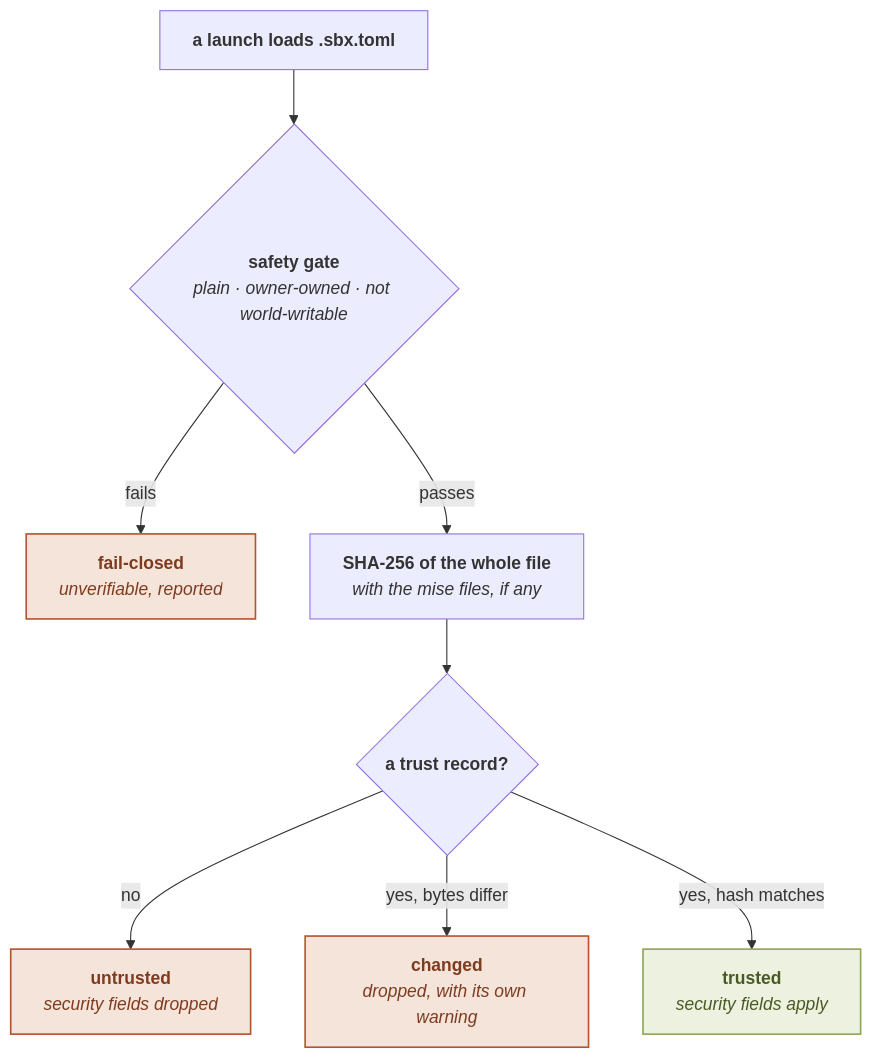
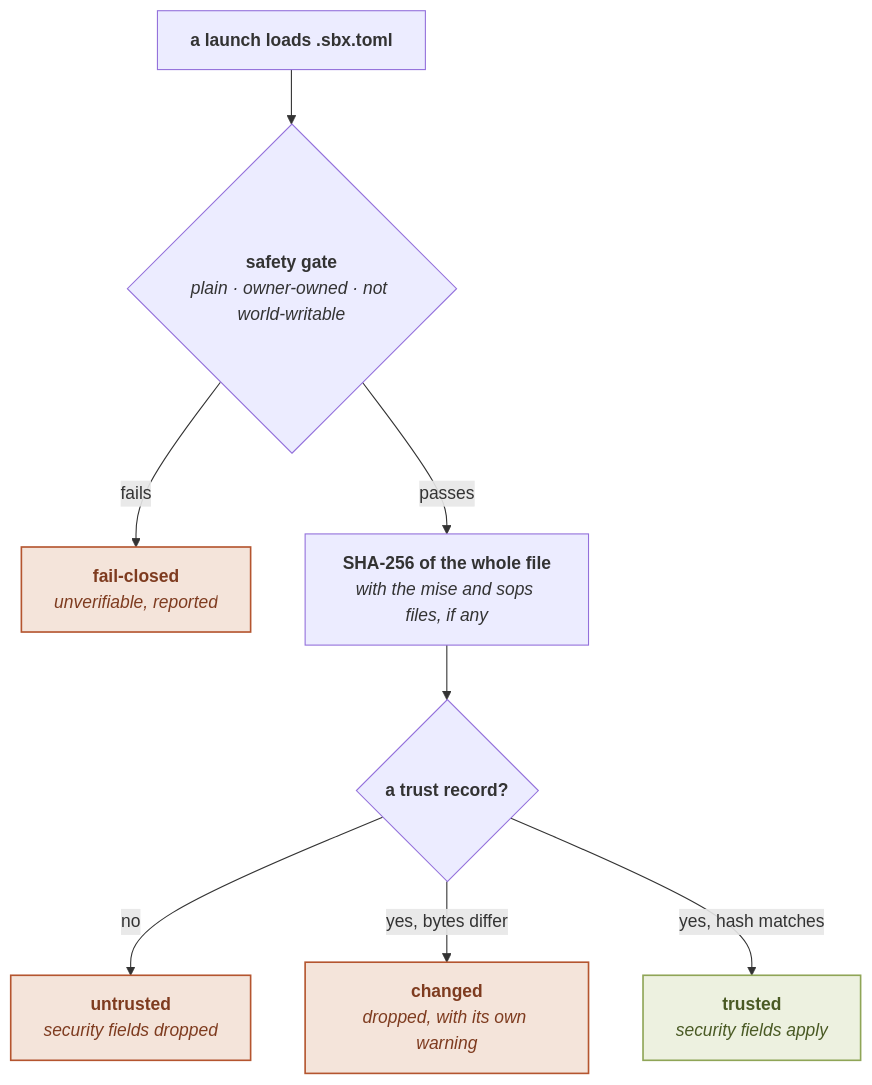
Before and after one commit to gigi206/ops-cli: the diagram in docs-site/docs/guide/concepts/trust.md, drawn with Mermaid. The commit also changed other lines of this file and 12 other files, not shown here.

````diff
--- a/docs-site/docs/guide/concepts/trust.md
+++ b/docs-site/docs/guide/concepts/trust.md
@@ -80,15 +80,15 @@
 ```mermaid
 flowchart TB
     LOAD["<b>a launch loads .sbx.toml</b>"] --> GATE{"<b>safety gate</b><br/><i>plain · owner-owned · not world-writable</i>"}
     GATE -- "fails" --> CLOSED["<b>fail-closed</b><br/><i>unverifiable, reported</i>"]
-    GATE -- "passes" --> HASH["<b>SHA-256 of the whole file</b><br/><i>with the mise files, if any</i>"]
+    GATE -- "passes" --> HASH["<b>SHA-256 of the whole file</b><br/><i>with the mise and sops files, if any</i>"]
     HASH --> REC{"<b>a trust record?</b>"}
     REC -- "no" --> UNTRUSTED["<b>untrusted</b><br/><i>security fields dropped</i>"]
     REC -- "yes, bytes differ" --> CHANGED["<b>changed</b><br/><i>dropped, with its own warning</i>"]
     REC -- "yes, hash matches" --> TRUSTED["<b>trusted</b><br/><i>security fields apply</i>"]
 
     classDef hs fill:#F4E4DA,stroke:#B4552F,stroke-width:1.5px,color:#7E3B1F
     classDef cs fill:#EDF1E0,stroke:#8FA557,stroke-width:1.5px,color:#4A5A24
     class TRUSTED cs
     class CLOSED,UNTRUSTED,CHANGED hs
 ```
````
